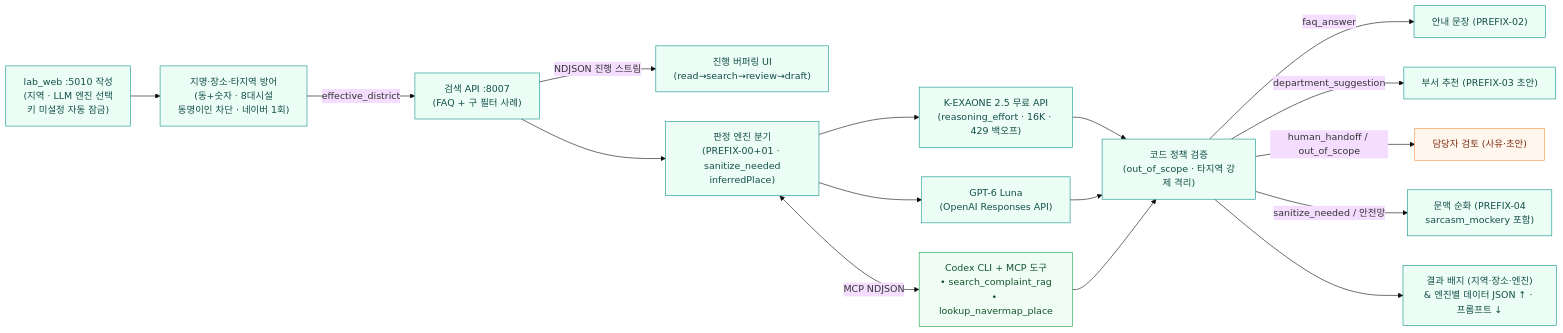
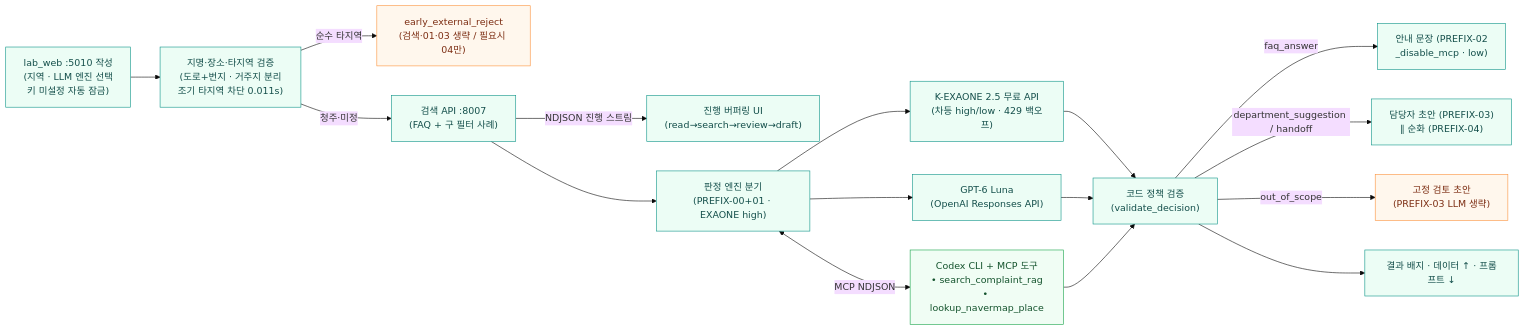
Before and after one commit to hy040504/ai-complaint-process: the first of 4 diagrams in README.md, drawn with Mermaid (base theme). The commit also changed other lines of this file and 4 other files, not shown here.

First line of the commit message:
README 가독성 개편 및 PREFIX-00~04 계층 프롬프트 구조도·소개 섹션 추가 (CASE-104)

````diff
--- a/README.md
+++ b/README.md
@@ -130,24 +154,24 @@
 ```mermaid
 flowchart LR
-    W["lab_web :5010 작성<br/>(지역 · LLM 엔진 선택<br/>키 미설정 자동 잠금)"] --> D["지명·장소·타지역 방어<br/>(동+숫자 · 8대시설<br/>동명이인 차단 · 네이버 1회)"]
-    D -->|"effective_district"| S["검색 API :8007<br/>(FAQ + 구 필터 사례)"]
-    S -->|"NDJSON 진행 스트림"| P["진행 버퍼링 UI<br/>(read→search→review→draft)"]
-    S --> C["판정 엔진 분기<br/>(PREFIX-00+01 · sanitize_needed<br/>inferredPlace)"]
-    C --> E1["K-EXAONE 2.5 무료 API<br/>(reasoning_effort · 16K · 429 백오프)"]
+    W["lab_web :5010 작성<br/>(지역 · LLM 엔진 선택<br/>키 미설정 자동 잠금)"] --> D["지명·장소·타지역 검증<br/>(도로+번지 · 거주지 분리<br/>조기 타지역 차단 0.011s)"]
+    D -->|순수 타지역| E0["early_external_reject<br/>(검색·01·03 생략 / 필요시 04만)"]
+    D -->|청주·미정| S["검색 API :8007<br/>(FAQ + 구 필터 사례)"]
+    S -->|NDJSON 진행 스트림| P["진행 버퍼링 UI<br/>(read→search→review→draft)"]
+    S --> C["판정 엔진 분기<br/>(PREFIX-00+01 · EXAONE high)"]
+    C --> E1["K-EXAONE 2.5 무료 API<br/>(차등 high/low · 429 백오프)"]
     C --> E2["GPT-6 Luna<br/>(OpenAI Responses API)"]
-    C <-->|"MCP NDJSON"| M["Codex CLI + MCP 도구<br/>• search_complaint_rag<br/>• lookup_navermap_place"]
-    E1 --> V["코드 정책 검증<br/>(out_of_scope · 타지역 강제 격리)"]
+    C <-->|MCP NDJSON| M["Codex CLI + MCP 도구<br/>• search_complaint_rag<br/>• lookup_navermap_place"]
+    E1 --> V["코드 정책 검증<br/>(validate_decision)"]
     E2 --> V
     M --> V
-    V -->|faq_answer| F["안내 문장 (PREFIX-02)"]
-    V -->|department_suggestion| B["부서 추천 (PREFIX-03 초안)"]
-    V -->|human_handoff / out_of_scope| H["담당자 검토 (사유·초안)"]
-    V -->|sanitize_needed / 안전망| Z["문맥 순화 (PREFIX-04<br/>sarcasm_mockery 포함)"]
-    V --> O["결과 배지 (지역·장소·엔진)<br/>& 엔진별 데이터 JSON ↑ · 프롬프트 ↓"]
+    V -->|faq_answer| F["안내 문장 (PREFIX-02<br/>_disable_mcp · low)"]
+    V -->|department_suggestion / handoff| B["담당자 초안 (PREFIX-03)<br/>∥ 순화 (PREFIX-04)"]
+    V -->|out_of_scope| H["고정 검토 초안<br/>(PREFIX-03 LLM 생략)"]
+    V --> O["결과 배지 · 데이터 ↑ · 프롬프트 ↓"]
     classDef ready fill:#ecfdf5,stroke:#0d9488,color:#134e4a
     classDef human fill:#fff7ed,stroke:#fb923c,color:#7c2d12
     classDef tool fill:#f0fdf4,stroke:#16a34a,color:#14532d
-    class W,D,S,P,C,E1,E2,V,F,B,Z,O ready
-    class H human
+    class W,D,S,P,C,E1,E2,V,F,B,O ready
+    class E0,H human
     class M tool
 ```
````
